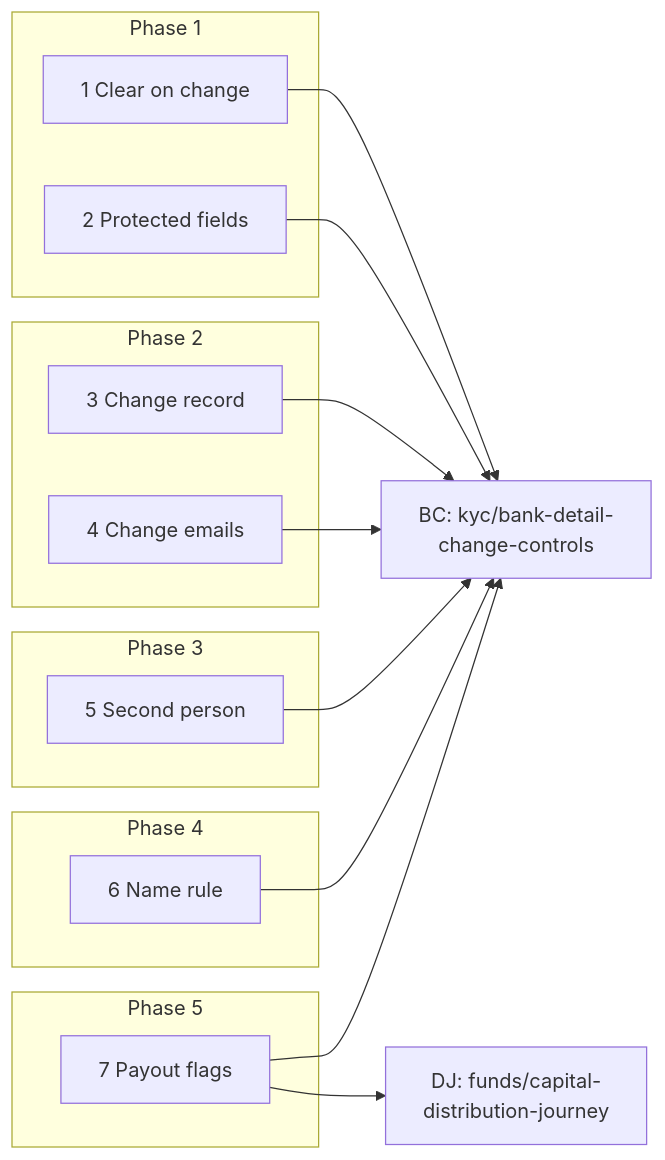
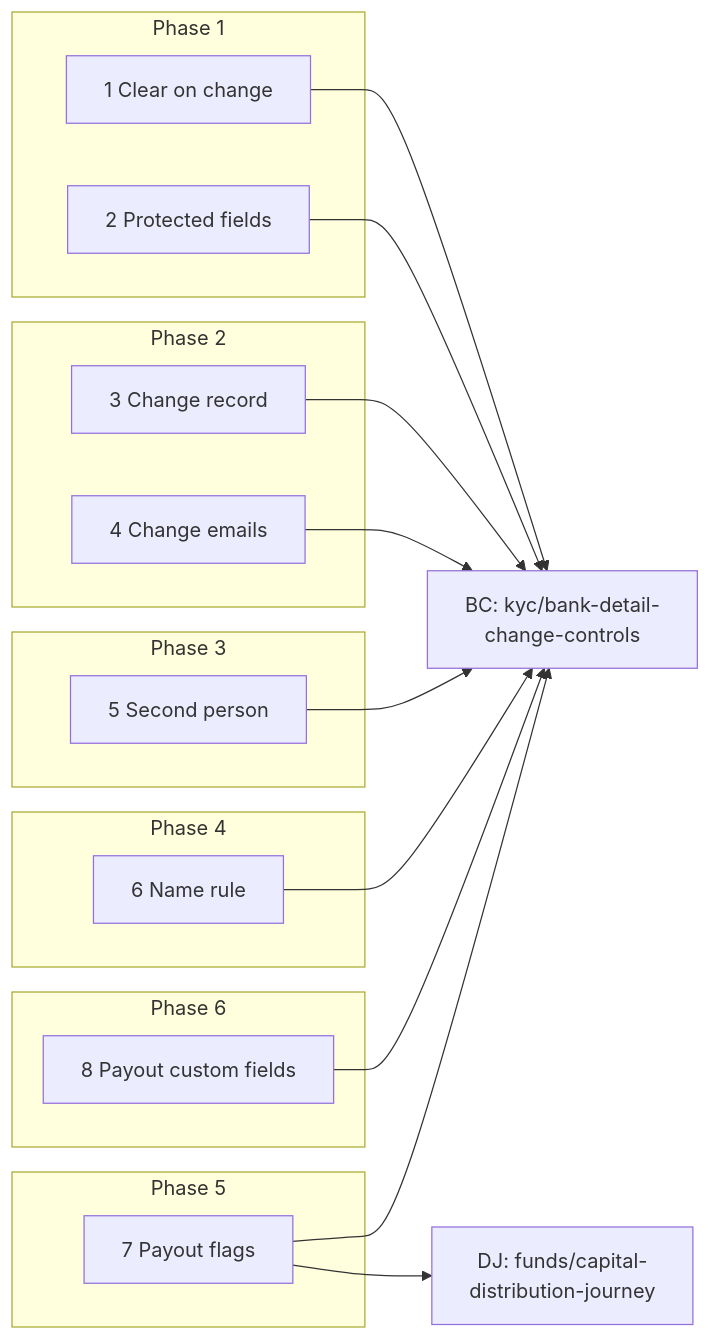
The first of 3 diagrams in openspec/changes/bank-detail-change-controls/business-rules.md (sampadadiwan/IRM_CompanyMain), drawn with Mermaid before and after one commit. The commit also changed other lines of this file and 10 other files, not shown here.

````diff
--- a/openspec/changes/bank-detail-change-controls/business-rules.md
+++ b/openspec/changes/bank-detail-change-controls/business-rules.md
@@ -28,28 +29,32 @@
 ```mermaid
 flowchart LR
     subgraph P1["Phase 1"]
         G1["1 Clear on change"]
         G2["2 Protected fields"]
     end
     subgraph P2["Phase 2"]
         G3["3 Change record"]
         G4["4 Change emails"]
     end
     subgraph P3["Phase 3"]
         G5["5 Second person"]
     end
     subgraph P4["Phase 4"]
         G6["6 Name rule"]
     end
     subgraph P5["Phase 5"]
         G7["7 Payout flags"]
     end
+    subgraph P6["Phase 6"]
+        G8["8 Payout custom fields"]
+    end
     G1 --> BC["BC: kyc/bank-detail-<br/>change-controls"]
     G2 --> BC
     G3 --> BC
     G4 --> BC
     G5 --> BC
     G6 --> BC
     G7 --> BC
     G7 --> DJ["DJ: funds/capital-<br/>distribution-journey"]
+    G8 --> BC
 ```
````
